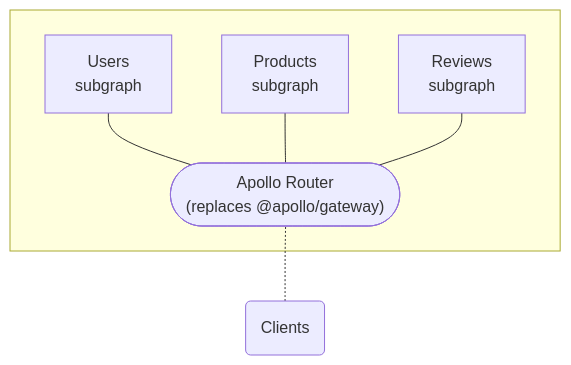
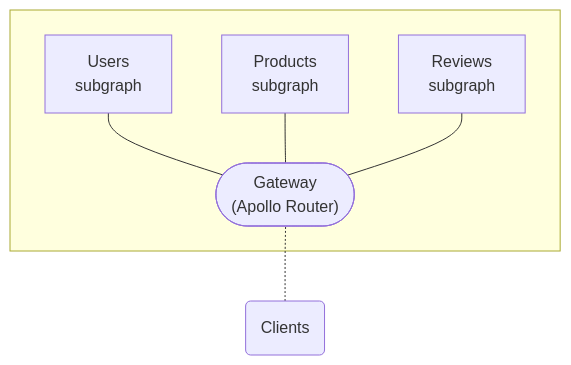
Before and after one commit to apollographql/router: the diagram in docs/source/index.md, drawn with Mermaid. The commit also changed other lines of this file and 2 other files, not shown here.

````diff
--- a/docs/source/index.md
+++ b/docs/source/index.md
@@ -11,13 +9,13 @@
 ```mermaid
 flowchart BT;
   clients(Clients);
   subgraph " ";
-  gateway(["Apollo Router<br/>(replaces @apollo/gateway)"]);
+  gateway(["Gateway<br/>(Apollo Router)"]);
   serviceA[Users<br/>subgraph];
   serviceB[Products<br/>subgraph];
   serviceC[Reviews<br/>subgraph];
   gateway --- serviceA & serviceB & serviceC;
   end;
   clients -.- gateway;
   class clients secondary;
 ```
````
